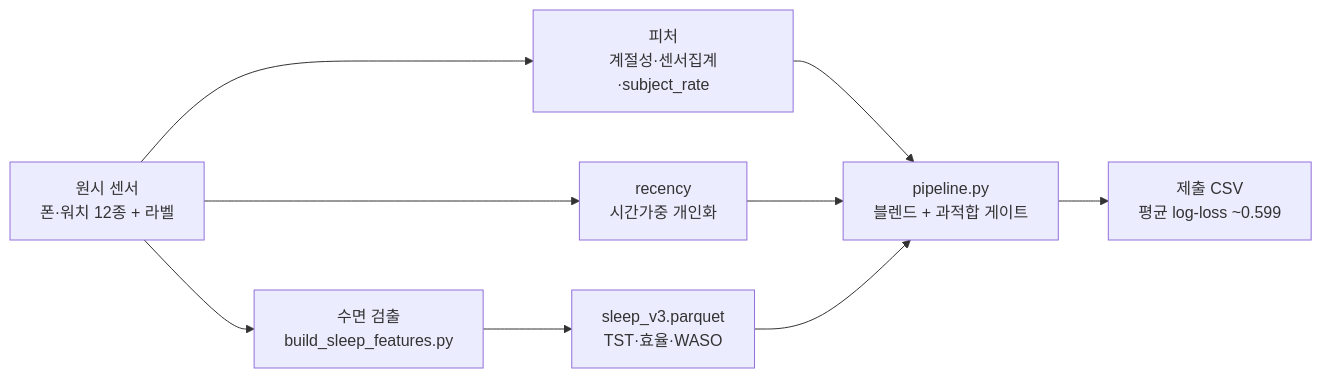
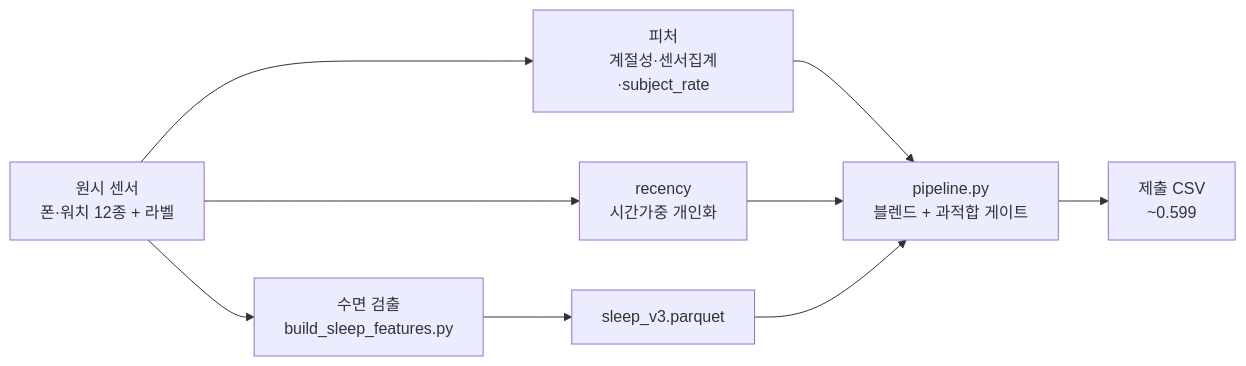
One commit to Seungwoo-H1/dacon2 changed the first of 2 diagrams in README.md. Above: the diagram before and after it, drawn with Mermaid. The commit also changed other lines of this file, not shown here.

Commit message:
Clean README: remove emoji headers, compact horizontal training diagram

````diff
--- a/README.md
+++ b/README.md
@@ -53,11 +53,11 @@
 ```mermaid
 flowchart LR
     RAW["원시 센서<br/>폰·워치 12종 + 라벨"] --> SLEEP["수면 검출<br/>build_sleep_features.py"]
     RAW --> FEAT["피처<br/>계절성·센서집계·subject_rate"]
     RAW --> REC["recency<br/>시간가중 개인화"]
-    SLEEP --> SV["sleep_v3.parquet<br/>TST·효율·WASO"]
+    SLEEP --> SV["sleep_v3.parquet"]
     FEAT --> PIPE["pipeline.py<br/>블렌드 + 과적합 게이트"]
     REC --> PIPE
     SV --> PIPE
-    PIPE --> SUB["제출 CSV<br/>평균 log-loss ~0.599"]
+    PIPE --> SUB["제출 CSV<br/>~0.599"]
 ```
````
